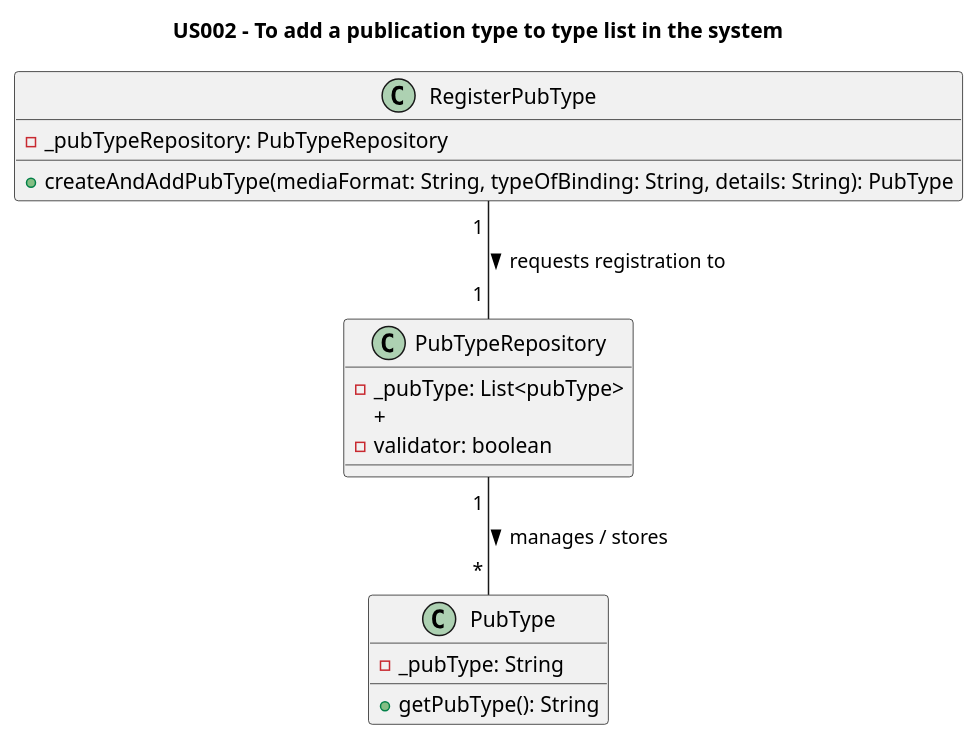
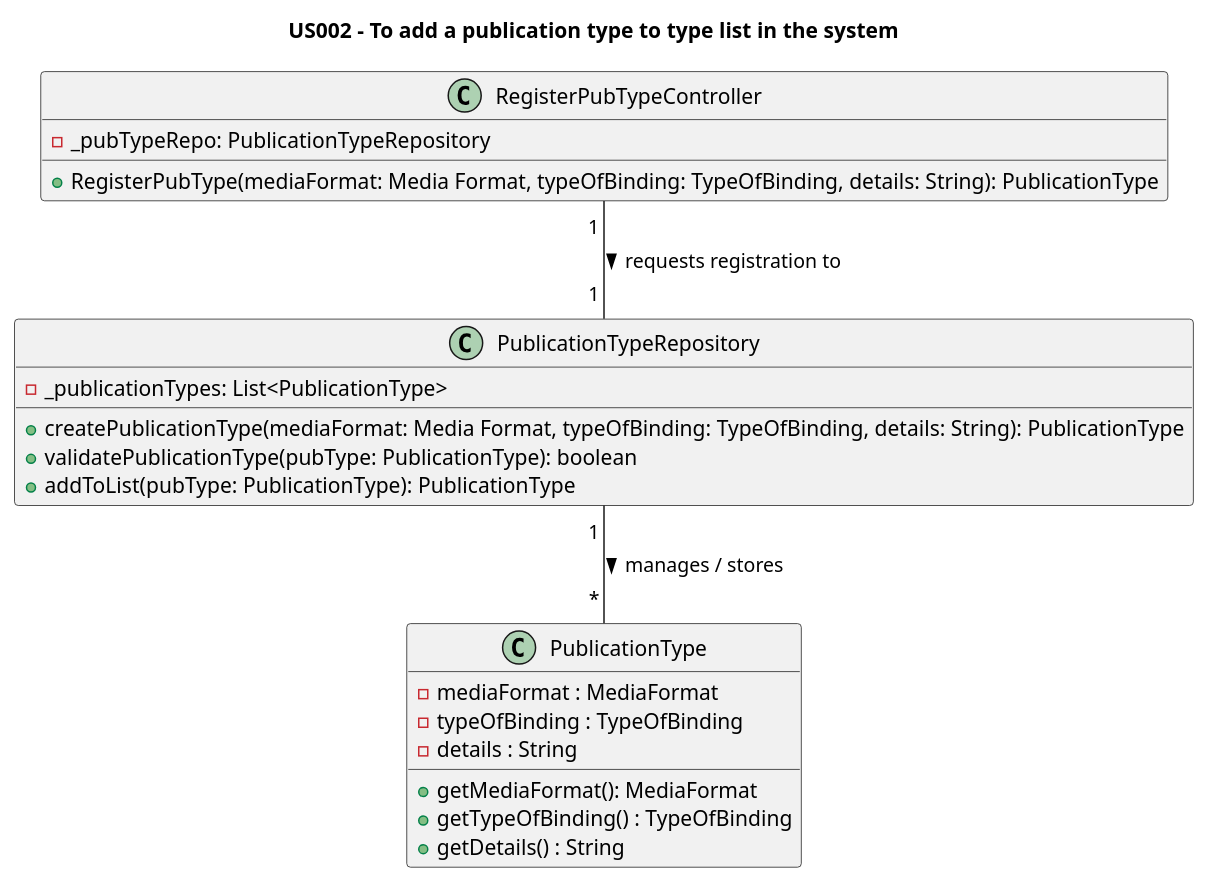
The diagram in Diagrams/ClassDiagrams/US002 - To add a Publication Type to Type list.puml (AndrePereiraGitH/SWitCH-Project-Team_A), drawn with PlantUML before and after one commit. The commit also changed 1 other file, not shown here.

```diff
--- a/Diagrams/ClassDiagrams/US002 - To add a Publication Type to Type list.puml
+++ b/Diagrams/ClassDiagrams/US002 - To add a Publication Type to Type list.puml
@@ -1,28 +1,32 @@
 @startuml
 title US002 - To add a publication type to type list in the system
 
 'Need to create class
 
-class RegisterPubType {
-  -_pubTypeRepository: PubTypeRepository
-    +createAndAddPubType(mediaFormat: String, typeOfBinding: String, details: String): PubType
+class RegisterPubTypeController {
+  -_pubTypeRepo: PublicationTypeRepository
+    +RegisterPubType(mediaFormat: Media Format, typeOfBinding: TypeOfBinding, details: String): PublicationType
 }
 
-class PubTypeRepository {
-    -_pubType: List<pubType>
-  +
-  -validator: boolean
+class PublicationTypeRepository {
+  -_publicationTypes: List<PublicationType>
+  +createPublicationType(mediaFormat: Media Format, typeOfBinding: TypeOfBinding, details: String): PublicationType
+  +validatePublicationType(pubType: PublicationType): boolean
+  +addToList(pubType: PublicationType): PublicationType
 }
 
-class PubType {
-  -_pubType: String
-    +getPubType(): String
-
+class PublicationType {
+  -mediaFormat : MediaFormat
+  -typeOfBinding : TypeOfBinding
+  -details : String
+  +getMediaFormat(): MediaFormat
+  +getTypeOfBinding() : TypeOfBinding
+  +getDetails() : String
 }
 
 ' Interactions
 
-RegisterPubType "1 " -- "1 " PubTypeRepository : requests registration to >
-PubTypeRepository "1 " -- " * " PubType : manages / stores >
+RegisterPubTypeController "1 " -- "1 " PublicationTypeRepository : requests registration to >
+PublicationTypeRepository "1 " -- " * " PublicationType : manages / stores >
 
 @enduml
```
